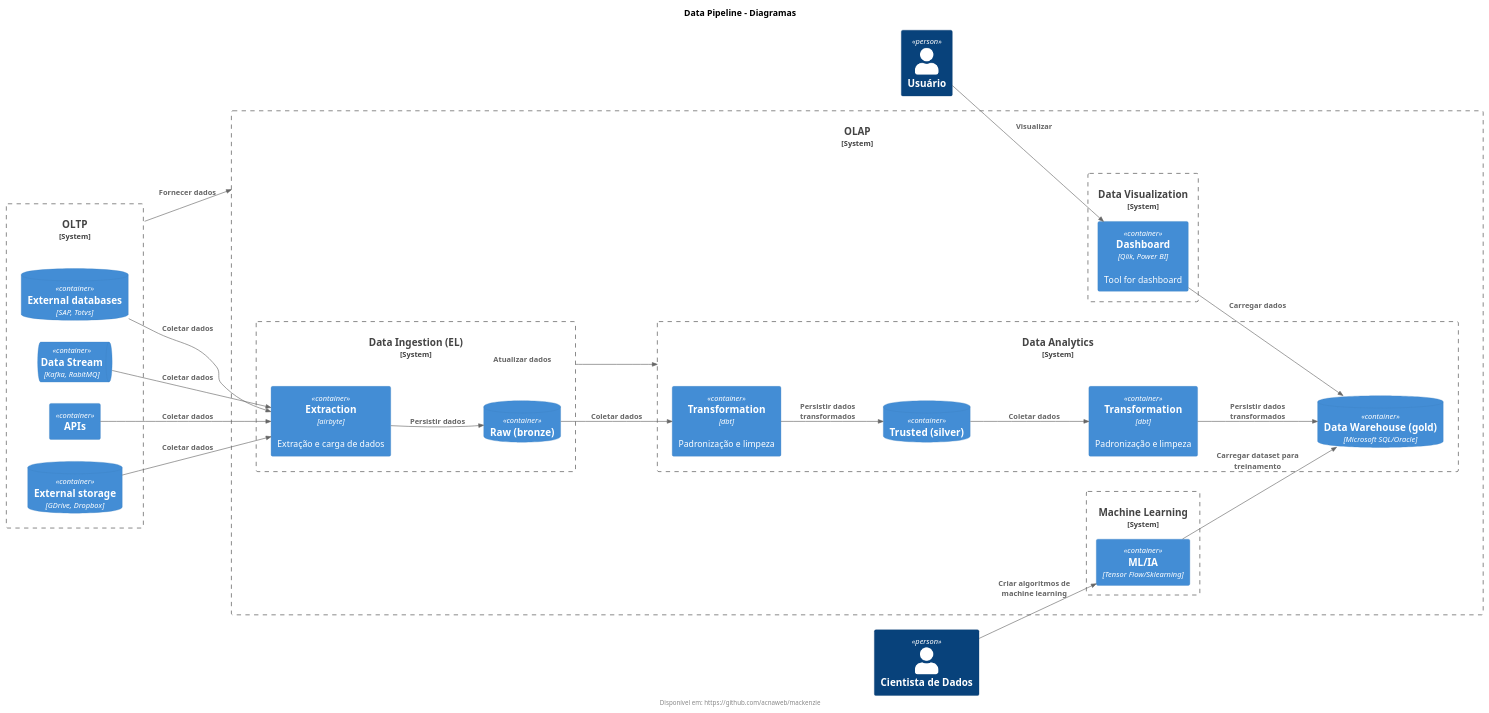
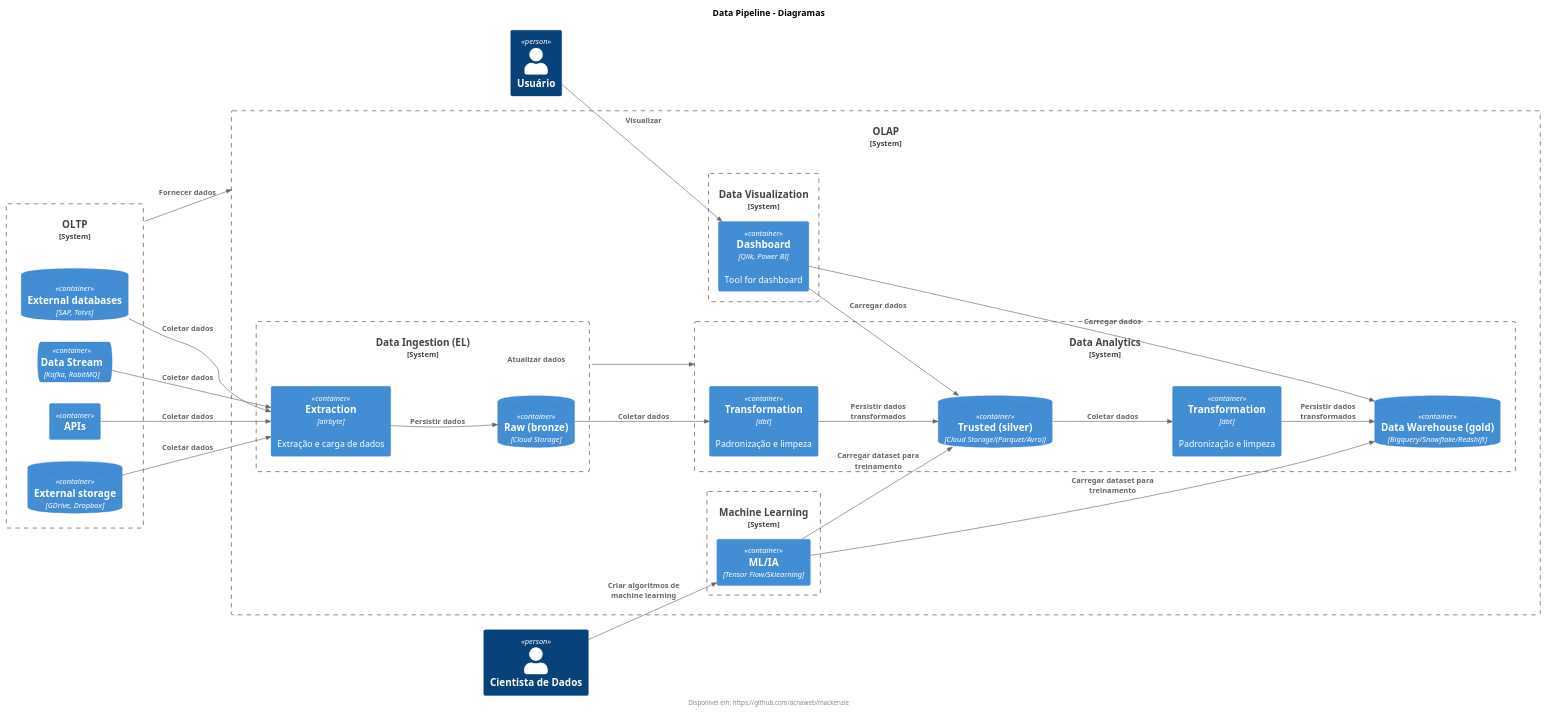
Before and after one commit to acnaweb/mackenzie: the diagram in diagrams/data_pipeline.wsd, drawn with PlantUML. The commit also changed 1 other file, not shown here.

```diff
--- a/diagrams/data_pipeline.wsd
+++ b/diagrams/data_pipeline.wsd
@@ -1,63 +1,66 @@
 @startuml data_pipeline
 !include https://raw.githubusercontent.com/plantuml-stdlib/C4-PlantUML/master/C4_Container.puml
 title Data Pipeline - Diagramas
 footer Disponível em: https://github.com/acnaweb/mackenzie
 
 LAYOUT_LANDSCAPE()
 
 Person(user, "Usuário")
 Person(data_scientist, "Cientista de Dados")
 
 System_Boundary(olap, "OLAP") {
 
     System_Boundary(ml, "Machine Learning") {
         Container(ia, "ML/IA", "Tensor Flow/Sklearning", "")
     }
 
     System_Boundary(dataviz, "Data Visualization") {
         Container(dash, "Dashboard", "Qlik, Power BI", "Tool for dashboard")
     }
 
     System_Boundary(analytics, "Data Analytics") {
-        ContainerDb(silver, "Trusted (silver)", "")
+        ContainerDb(silver, "Trusted (silver)", "Cloud Storage/(Parquet/Avro)")
         Container(transformation_bronze_silver, "Transformation", "dbt", "Padronização e limpeza")
         
-        ContainerDb(gold, "Data Warehouse (gold)", "Microsoft SQL/Oracle")
+        ContainerDb(gold, "Data Warehouse (gold)", "Bigquery/Snowflake/Redshift")
         Container(transformation_silver_gold, "Transformation", "dbt", "Padronização e limpeza")
     }
 
     System_Boundary(ingestion, "Data Ingestion (EL)") {
-        ContainerDb(bronze, "Raw (bronze)")
+        ContainerDb(bronze, "Raw (bronze)", "Cloud Storage")
         Container(extraction, "Extraction", "airbyte", "Extração e carga de dados")
     }
 }
 
 System_Boundary(oltp, "OLTP") {
     ContainerDb(external_db, "External databases", "SAP, Totvs")
     ContainerQueue(external_queue, "Data Stream", "Kafka, RabitMQ")
     Container(external_api, "APIs")
     ContainerDb(external_storage, "External storage", "GDrive, Dropbox")
 }
 
 Rel(external_db, extraction, "Coletar dados")
 Rel(external_queue, extraction, "Coletar dados")
 Rel(external_api, extraction, "Coletar dados")
 Rel(external_storage, extraction, "Coletar dados")
 Rel(extraction, bronze, "Persistir dados")
 
 Rel(oltp, olap, "Fornecer dados")
 Rel(ingestion, analytics, "Atualizar dados")
 
 Rel(bronze, transformation_bronze_silver, "Coletar dados")
 Rel(transformation_bronze_silver, silver, "Persistir dados transformados")
 
 Rel(silver, transformation_silver_gold, "Coletar dados")
 Rel(transformation_silver_gold, gold, "Persistir dados transformados")
 
 Rel(user, dash, "Visualizar")
 Rel(dash, gold, "Carregar dados")
+Rel(dash, silver, "Carregar dados")
+
 
 Rel(data_scientist, ia, "Criar algoritmos de machine learning")
 Rel(ia, gold, "Carregar dataset para treinamento")
+Rel(ia, silver, "Carregar dataset para treinamento")
 
 @enduml
```
